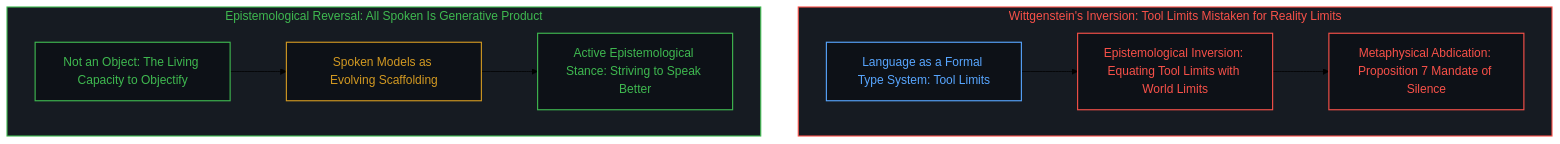
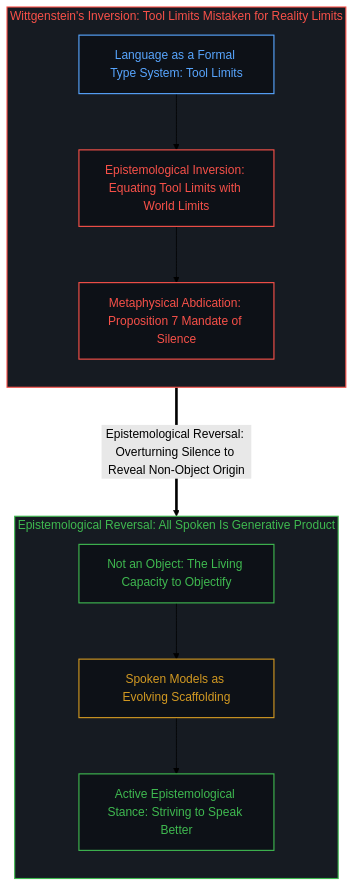
One commit to powerpig99/not-a-toe changed the eighth of 10 diagrams in content/posts/all-that-can-be-spoken-is-the-product-of-the-unspeakable.md. Above: the diagram before and after it, drawn with Mermaid (forest theme). The commit also changed other lines of this file and 1 other file, not shown here.

Commit message:
Convert Post #333 Mermaid diagrams to strictly vertical mobile-friendly top-down flow and add audit invariant

````diff
--- a/content/posts/all-that-can-be-spoken-is-the-product-of-the-unspeakable.md
+++ b/content/posts/all-that-can-be-spoken-is-the-product-of-the-unspeakable.md
@@ -255,25 +283,29 @@
 ```mermaid
 graph TD
     classDef default fill:#0d1117,stroke:#30363d,stroke-width:1px,color:#f0f6fc;
     classDef mind fill:#0d1117,stroke:#3fb950,stroke-width:1.5px,color:#3fb950;
     classDef failure fill:#0d1117,stroke:#f85149,stroke-width:1.5px,color:#f85149;
     classDef scaffold fill:#0d1117,stroke:#d29922,stroke-width:1.5px,color:#d29922;
     classDef model fill:#0d1117,stroke:#58a6ff,stroke-width:1.5px,color:#58a6ff;
 
     subgraph S_Wittgenstein_EN ["Wittgenstein's Inversion: Tool Limits Mistaken for Reality Limits"]
+        direction TB
         WE1["Language as a Formal Type System: Tool Limits"]:::model
         WE2["Epistemological Inversion: Equating Tool Limits with World Limits"]:::failure
         WE3["Metaphysical Abdication: Proposition 7 Mandate of Silence"]:::failure
         WE1 --> WE2 --> WE3
     end
 
     subgraph S_Reconstruction_EN ["Epistemological Reversal: All Spoken Is Generative Product"]
+        direction TB
         RE1["Not an Object: The Living Capacity to Objectify"]:::mind
         RE2["Spoken Models as Evolving Scaffolding"]:::scaffold
         RE3["Active Epistemological Stance: Striving to Speak Better"]:::mind
         RE1 --> RE2 --> RE3
     end
 
+    WE3 ===>|"Epistemological Reversal: Overturning Silence to Reveal Non-Object Origin"| RE1
+
     style S_Wittgenstein_EN fill:#161b22,stroke:#f85149,stroke-width:1.5px,color:#f85149
     style S_Reconstruction_EN fill:#161b22,stroke:#3fb950,stroke-width:1.5px,color:#3fb950
 ```
````
